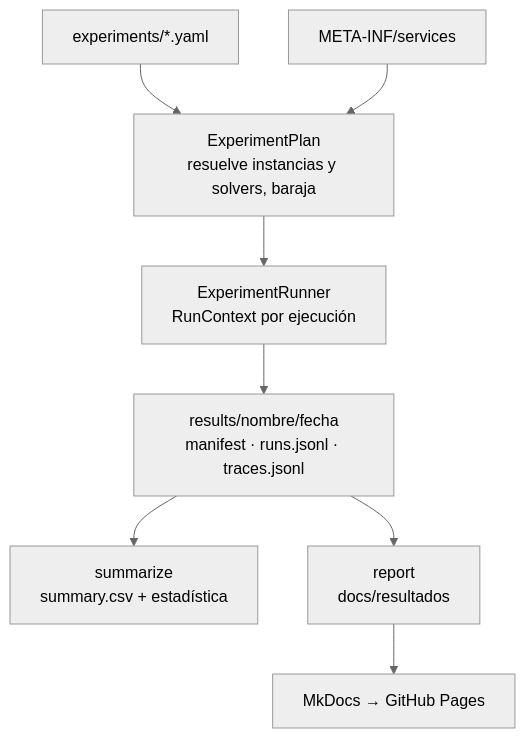
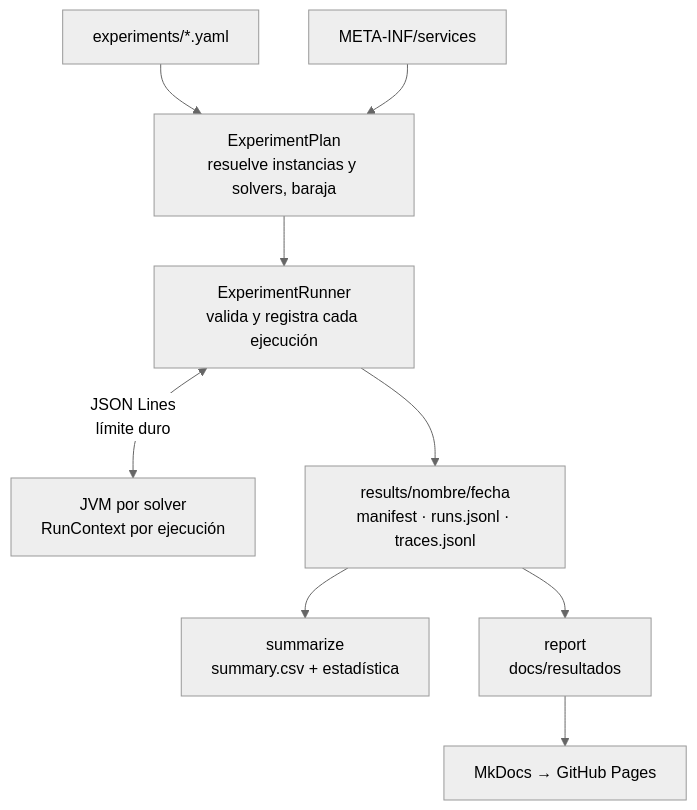
One commit to dmorfav/Knapsack changed the second of 2 diagrams in docs/arquitectura.md. Above: the diagram before and after it, drawn with Mermaid (neutral theme). The commit also changed other lines of this file and 3 other files, not shown here.

Commit message:
feat: update documentation for architecture, algorithm addition, execution, and AI usage guidelines

````diff
--- a/docs/arquitectura.md
+++ b/docs/arquitectura.md
@@ -36,10 +37,11 @@
 ```mermaid
 flowchart TD
     yaml[experiments/*.yaml] --> plan[ExperimentPlan<br/>resuelve instancias y solvers, baraja]
     services[META-INF/services] --> plan
-    plan --> run[ExperimentRunner<br/>RunContext por ejecución]
+    plan --> run[ExperimentRunner<br/>valida y registra cada ejecución]
+    run <-->|JSON Lines<br/>límite duro| worker[JVM por solver<br/>RunContext por ejecución]
     run --> files[results/nombre/fecha<br/>manifest · runs.jsonl · traces.jsonl]
     files --> summary[summarize<br/>summary.csv + estadística]
     files --> report[report<br/>docs/resultados]
     report --> site[MkDocs → GitHub Pages]
 ```
````
